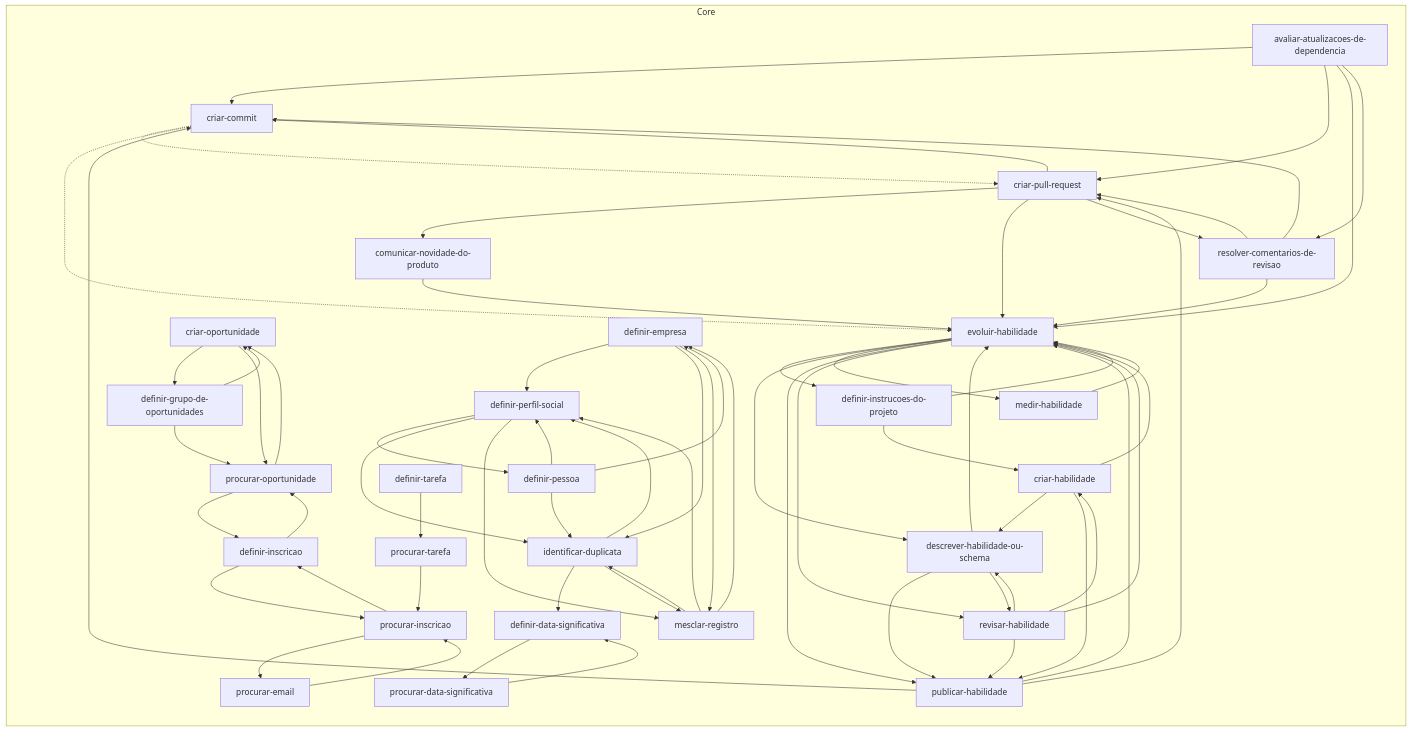
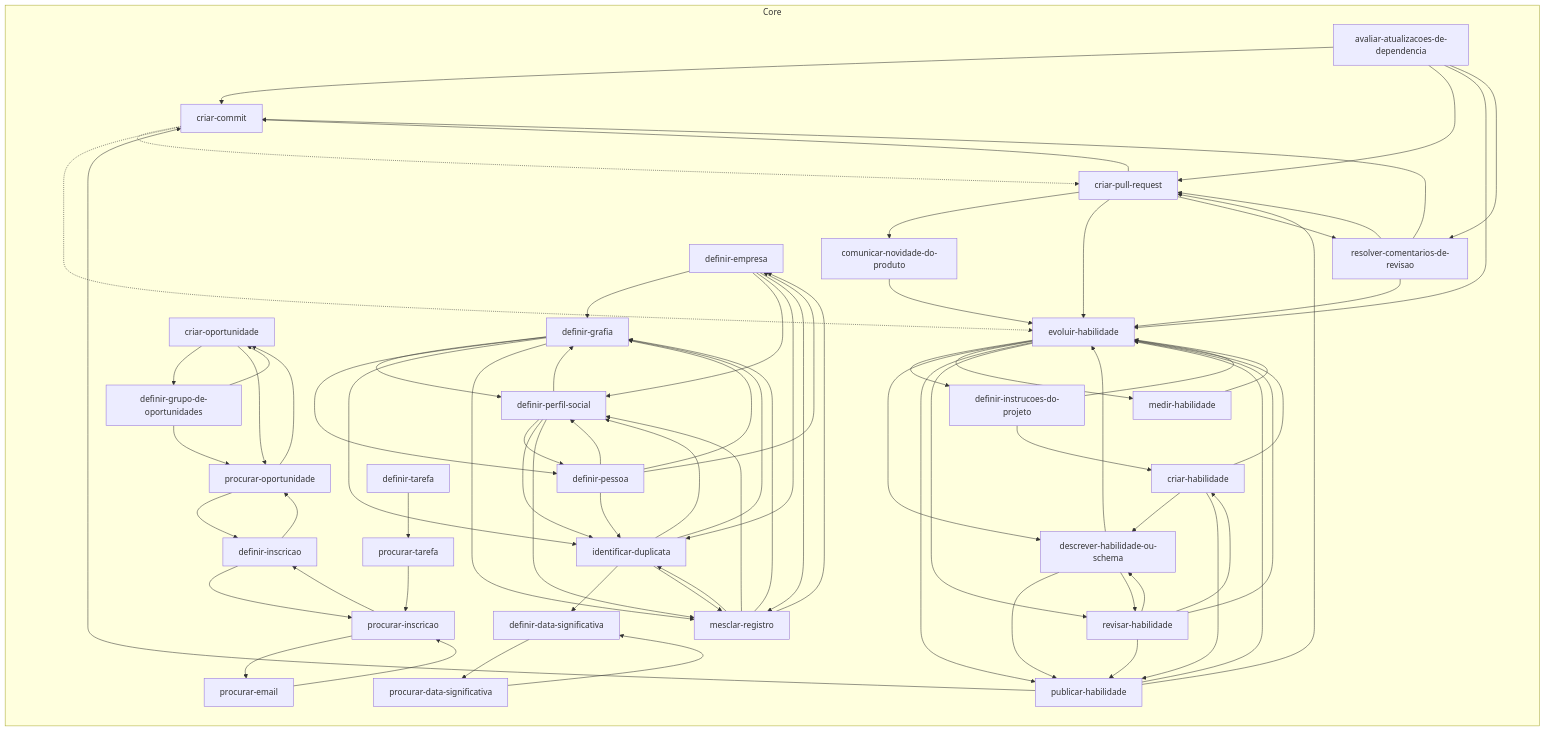
One commit to jimmyandrade/harness changed the diagram in .agents/skills/README.md. Above: the diagram before and after it, drawn with Mermaid. The commit also changed 11 other files, not shown here.

First line of the commit message:
feat(definir-grafia): move the skill to the core

```diff
--- a/.agents/skills/README.md
+++ b/.agents/skills/README.md
@@ -19,6 +19,7 @@
     criar_pull_request["criar-pull-request"]
     definir_data_significativa["definir-data-significativa"]
     definir_empresa["definir-empresa"]
+    definir_grafia["definir-grafia"]
     definir_grupo_de_oportunidades["definir-grupo-de-oportunidades"]
     definir_inscricao["definir-inscricao"]
     definir_instrucoes_do_projeto["definir-instrucoes-do-projeto"]
@@ -56,19 +57,26 @@
   criar_pull_request --> evoluir_habilidade
   criar_pull_request --> resolver_comentarios_de_revisao
   definir_data_significativa --> procurar_data_significativa
+  definir_empresa --> definir_grafia
   definir_empresa --> definir_perfil_social
   definir_empresa --> identificar_duplicata
   definir_empresa --> mesclar_registro
+  definir_grafia --> definir_perfil_social
+  definir_grafia --> definir_pessoa
+  definir_grafia --> identificar_duplicata
+  definir_grafia --> mesclar_registro
   definir_grupo_de_oportunidades --> criar_oportunidade
   definir_grupo_de_oportunidades --> procurar_oportunidade
   definir_inscricao --> procurar_inscricao
   definir_inscricao --> procurar_oportunidade
   definir_instrucoes_do_projeto --> criar_habilidade
   definir_instrucoes_do_projeto --> evoluir_habilidade
+  definir_perfil_social --> definir_grafia
   definir_perfil_social --> definir_pessoa
   definir_perfil_social --> identificar_duplicata
   definir_perfil_social --> mesclar_registro
   definir_pessoa --> definir_empresa
+  definir_pessoa --> definir_grafia
   definir_pessoa --> definir_perfil_social
   definir_pessoa --> identificar_duplicata
   definir_tarefa --> procurar_tarefa
@@ -81,10 +89,12 @@
   evoluir_habilidade --> publicar_habilidade
   evoluir_habilidade --> revisar_habilidade
   identificar_duplicata --> definir_data_significativa
+  identificar_duplicata --> definir_grafia
   identificar_duplicata --> definir_perfil_social
   identificar_duplicata --> mesclar_registro
   medir_habilidade --> evoluir_habilidade
   mesclar_registro --> definir_empresa
+  mesclar_registro --> definir_grafia
   mesclar_registro --> definir_perfil_social
   mesclar_registro --> identificar_duplicata
   procurar_data_significativa --> definir_data_significativa
```
